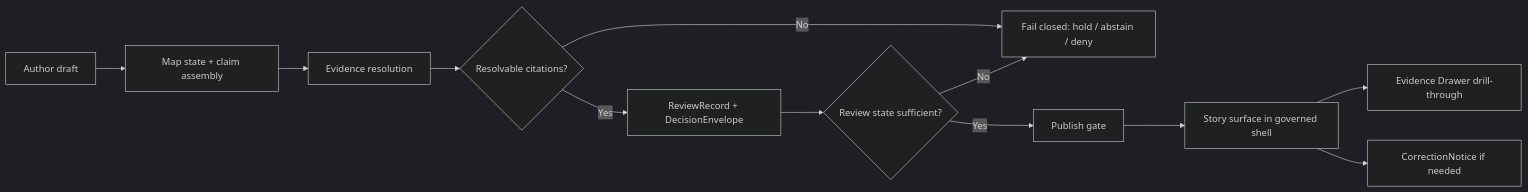
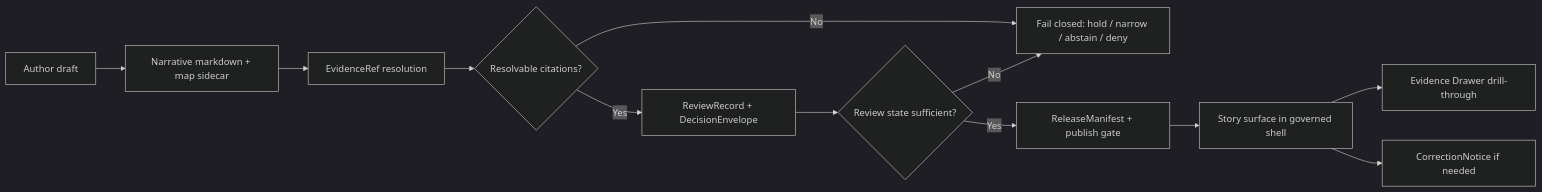
The diagram in docs/templates/TEMPLATE__STORY_NODE_V3.md (bartytime4life/Kansas-Frontier-Matrix), drawn with Mermaid (dark theme) before and after one commit. The commit also changed other lines of this file, not shown here.

````diff
--- a/docs/templates/TEMPLATE__STORY_NODE_V3.md
+++ b/docs/templates/TEMPLATE__STORY_NODE_V3.md
@@ -363,14 +433,14 @@
 ```mermaid
 flowchart LR
-  A[Author draft] --> B[Map state + claim assembly]
-  B --> C[Evidence resolution]
+  A[Author draft] --> B[Narrative markdown + map sidecar]
+  B --> C[EvidenceRef resolution]
   C --> D{Resolvable citations?}
-  D -- No --> E[Fail closed: hold / abstain / deny]
+  D -- No --> E[Fail closed: hold / narrow / abstain / deny]
   D -- Yes --> F[ReviewRecord + DecisionEnvelope]
   F --> G{Review state sufficient?}
   G -- No --> E
-  G -- Yes --> H[Publish gate]
+  G -- Yes --> H[ReleaseManifest + publish gate]
   H --> I[Story surface in governed shell]
   I --> J[Evidence Drawer drill-through]
   I --> K[CorrectionNotice if needed]
 ```
````
